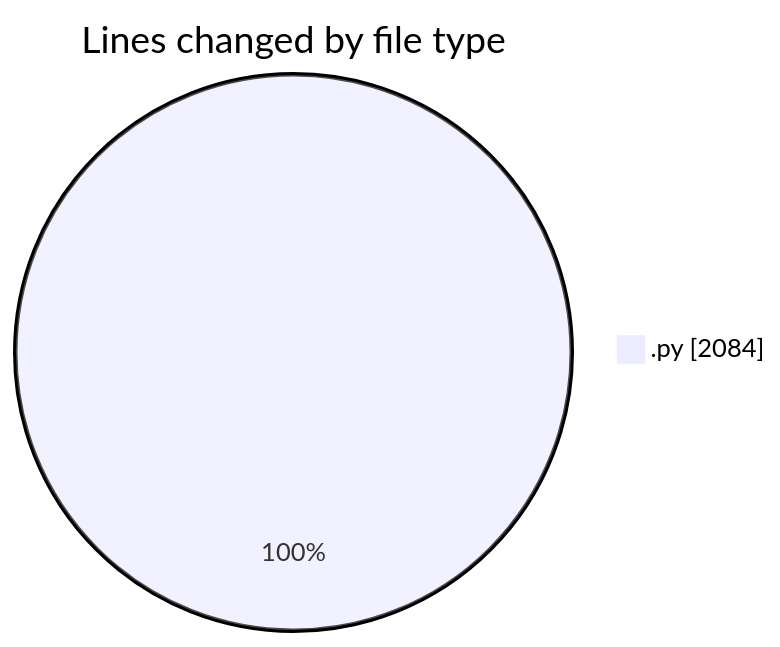
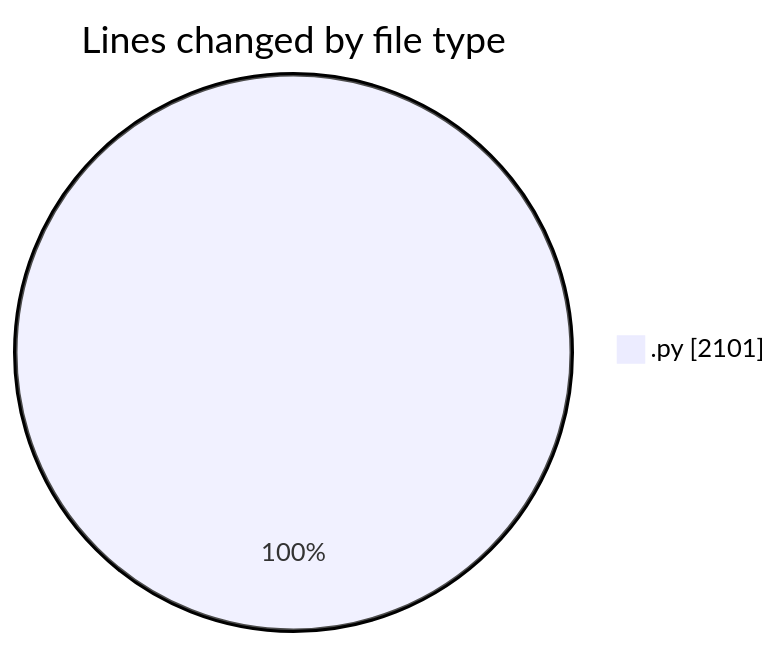
Before and after one commit to MatusMokan/code-tracking: the first of 2 diagrams in 2025-04-19/myws__workspace_/README.md, drawn with Mermaid. The commit also changed other lines of this file and 1 other file, not shown here.

````diff
--- a/2025-04-19/myws__workspace_/README.md
+++ b/2025-04-19/myws__workspace_/README.md
@@ -23,5 +23,5 @@
 ```mermaid
 pie showData
 title Lines changed by file type
-".py" : 2084
+".py" : 2101
 ```
````
